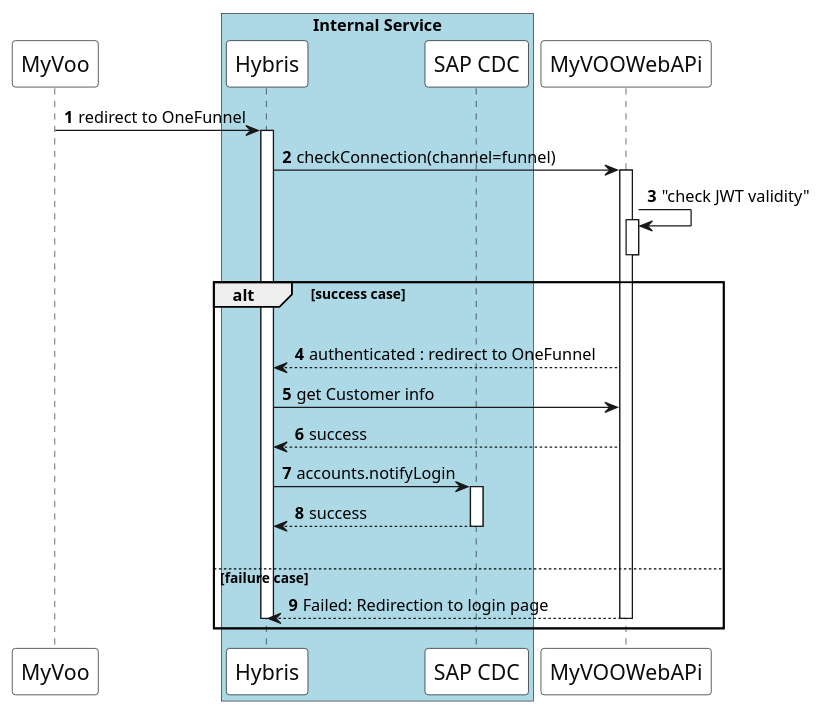
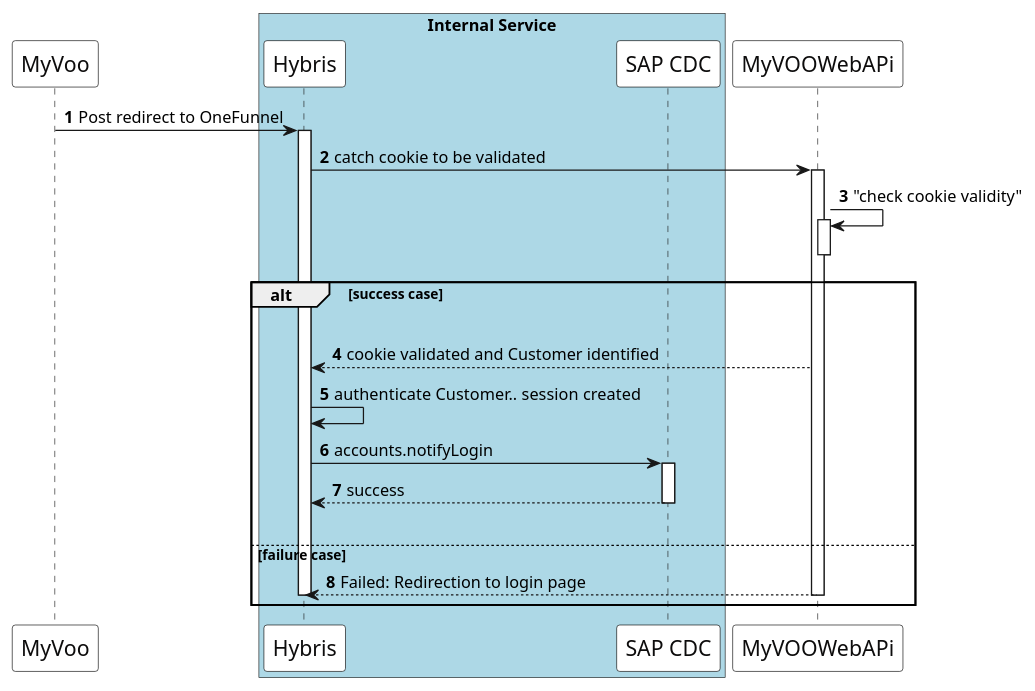
One commit to MudBloodArchitekt/draw.io changed the diagram in sso.puml. Above: the diagram before and after it, drawn with PlantUML.

Commit message:
update sso login

```diff
--- a/sso.puml
+++ b/sso.puml
@@ -1,47 +1,46 @@
 @startuml
 
 autonumber
 
 skinparam sequence {
 ParticipantBorderColor Black
 ParticipantBackgroundColor White
 ParticipantFontName Impact
 ParticipantFontSize 17
 ParticipantFontColor #0d0c0c
 
 ActorFontSize 17
 ActorFontName Aapex
 }
 
 
 participant  MyVoo as voo
 box "Internal Service" #LightBlue
  participant  "Hybris"   as cx
  participant  "SAP CDC" as cdc
 end box
 participant  MyVOOWebAPi as api
 
-voo -> cx : redirect to OneFunnel
+voo -> cx : Post redirect to OneFunnel
 activate cx
-  cx -> api : checkConnection(channel=funnel)
+  cx -> api : catch cookie to be validated
     activate api
-      api -> api : "check JWT validity"
+      api -> api : "check cookie validity"
       activate api
       deactivate api
         alt success case
             |||
-            api --> cx : authenticated : redirect to OneFunnel
-            cx -> api : get Customer info
-            api --> cx : success
+            api --> cx : cookie validated and Customer identified
+            cx -> cx : authenticate Customer.. session created
             cx -> cdc : accounts.notifyLogin
              activate cdc
                cdc --> cx : success
              deactivate cdc
             |||
         else failure case
             api --> cx : Failed: Redirection to login page
     deactivate api
 deactivate cx
         end
 
 @enduml
```
